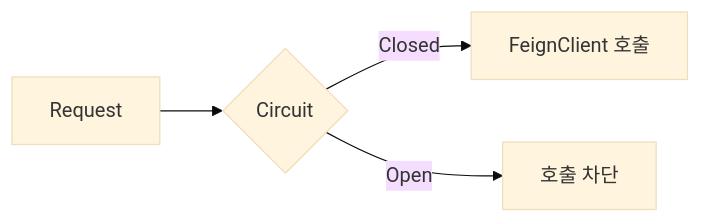
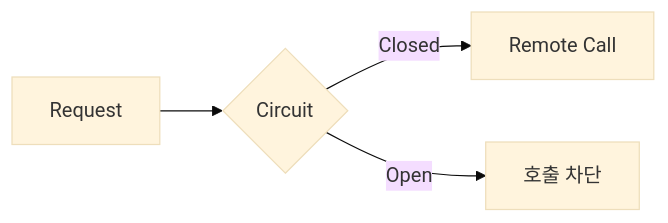
One commit to jw3418/jw3418.github.io changed the third of 3 diagrams in _posts/2026-08-13-spring-cloud-openfeign.md. Above: the diagram before and after it, drawn with Mermaid (base theme). The commit also changed other lines of this file, not shown here.

First line of the commit message:
Revise Spring Cloud OpenFeign post for clarity and detail

````diff
--- a/_posts/2026-08-13-spring-cloud-openfeign.md
+++ b/_posts/2026-08-13-spring-cloud-openfeign.md
@@ -382,6 +524,6 @@
 ```mermaid
 flowchart LR
     A["Request"] --> B{"Circuit"}
-    B -->|"Closed"| C["FeignClient 호출"]
+    B -->|"Closed"| C["Remote Call"]
     B -->|"Open"| D["호출 차단"]
 ```
````
